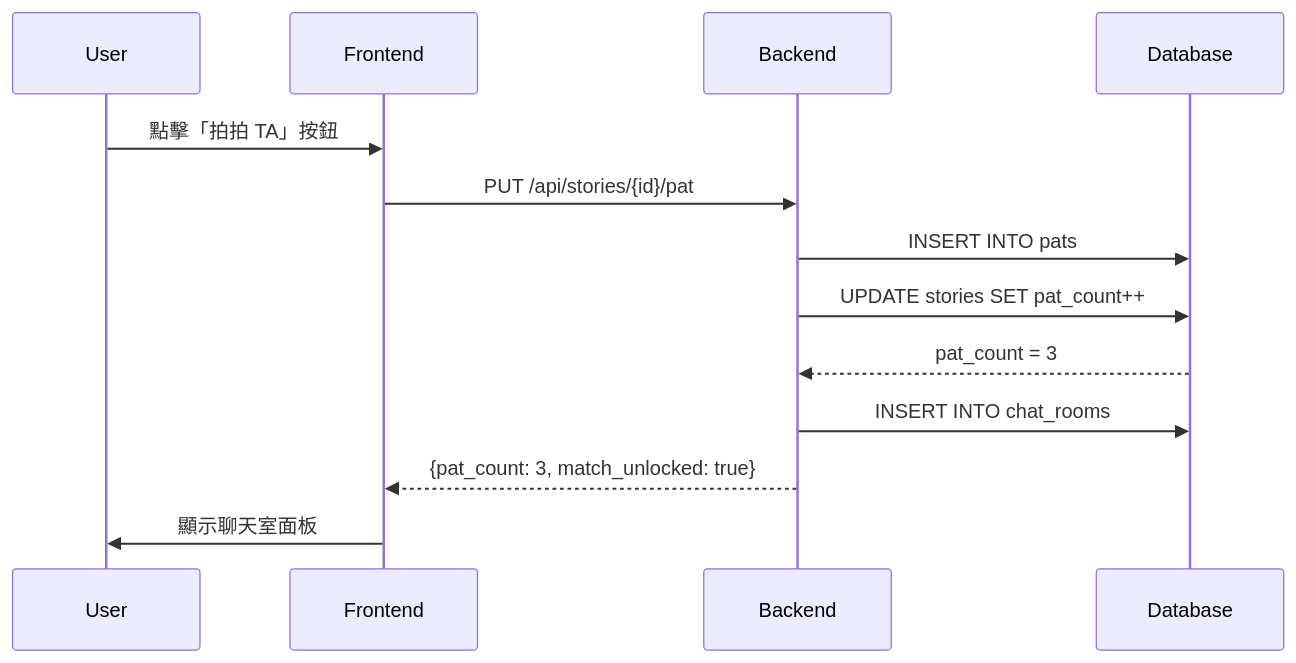
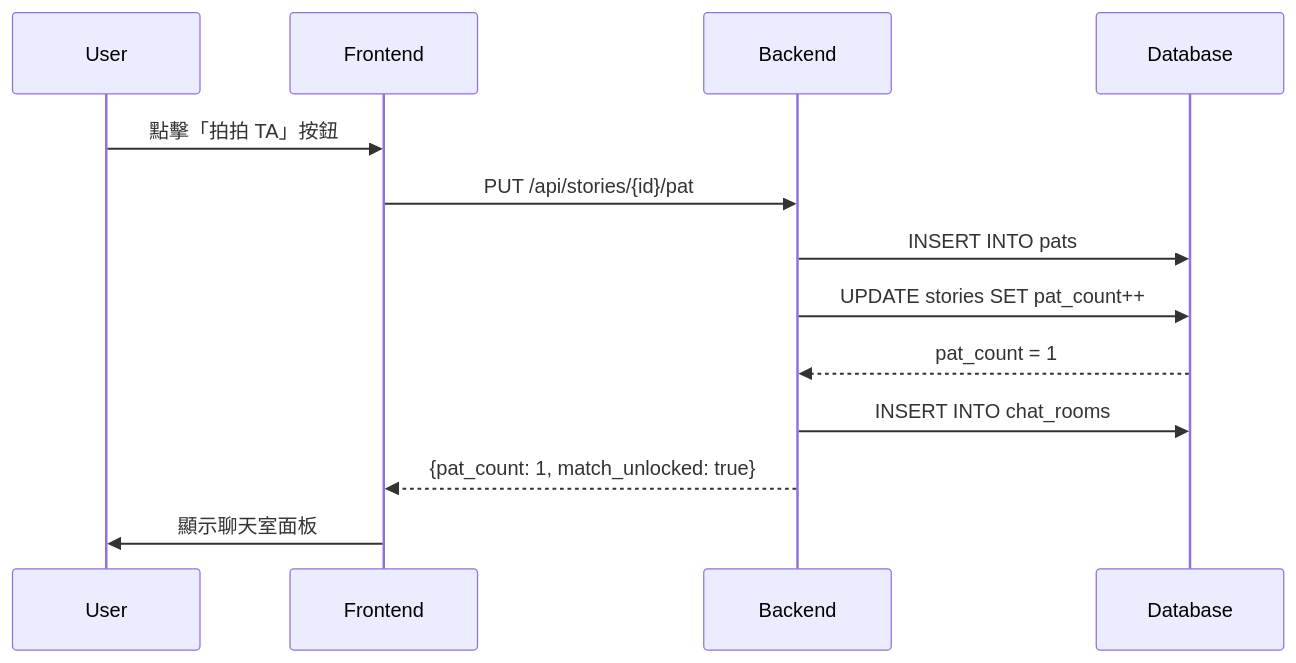
One commit to NickMinMin/NetDesign changed the second of 4 diagrams in .kiro/specs/developer-c-interaction-chat/design.md. Above: the diagram before and after it, drawn with Mermaid. The commit also changed other lines of this file and 11 other files, not shown here.

````diff
--- a/.kiro/specs/developer-c-interaction-chat/design.md
+++ b/.kiro/specs/developer-c-interaction-chat/design.md
@@ -55,16 +55,16 @@
 ```mermaid
 sequenceDiagram
     participant User
     participant Frontend
     participant Backend
     participant Database
     
     User->>Frontend: 點擊「拍拍 TA」按鈕
     Frontend->>Backend: PUT /api/stories/{id}/pat
     Backend->>Database: INSERT INTO pats
     Backend->>Database: UPDATE stories SET pat_count++
-    Database-->>Backend: pat_count = 3
+    Database-->>Backend: pat_count = 1
     Backend->>Database: INSERT INTO chat_rooms
-    Backend-->>Frontend: {pat_count: 3, match_unlocked: true}
+    Backend-->>Frontend: {pat_count: 1, match_unlocked: true}
     Frontend->>User: 顯示聊天室面板
 ```
````
